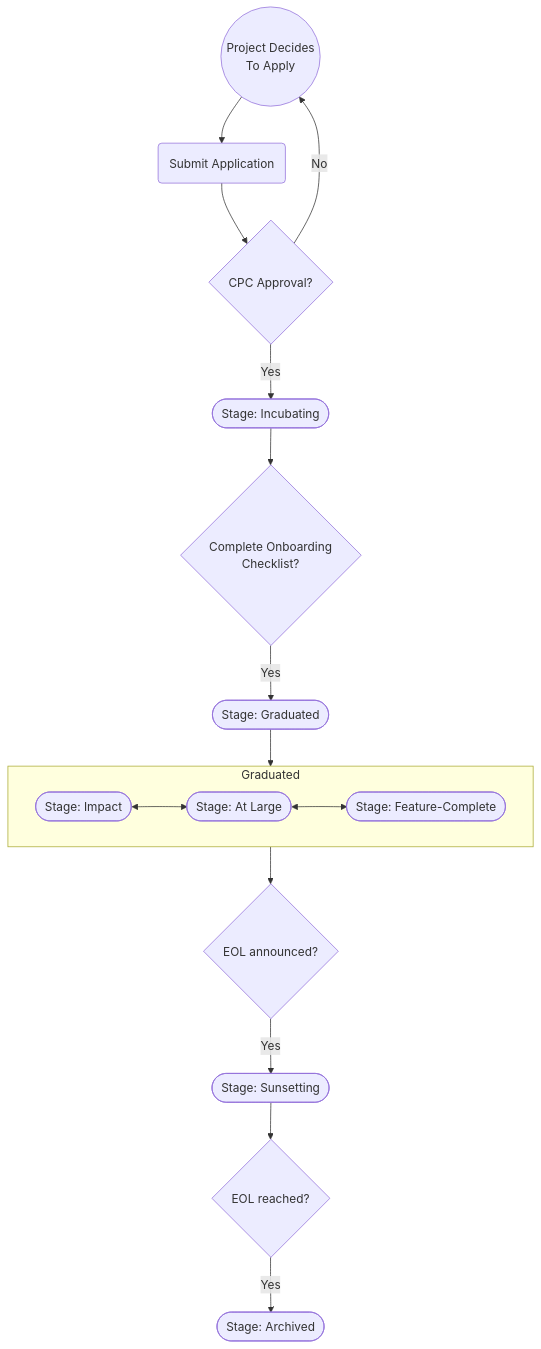
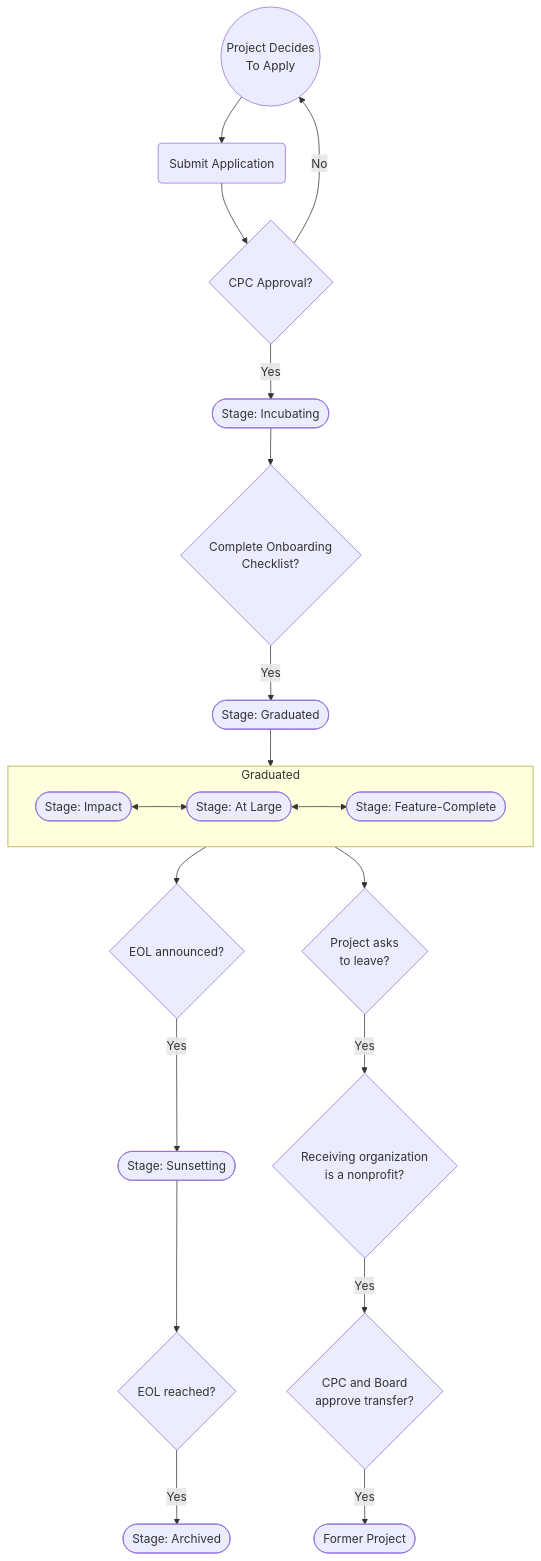
One commit to openjs-foundation/cross-project-council changed the diagram in PROJECT_PROGRESSION.md. Above: the diagram before and after it, drawn with Mermaid. The commit also changed other lines of this file, not shown here.

````diff
--- a/PROJECT_PROGRESSION.md
+++ b/PROJECT_PROGRESSION.md
@@ -17,20 +17,24 @@
 ```mermaid
 
 flowchart TD
     A((Project Decides\nTo Apply)) --> 
     B(Submit Application)
     B --> C{CPC Approval?}    
     C --> |No|A
     C --> |Yes|D([Stage: Incubating])
     D --> E{Complete Onboarding\n Checklist?}
     E --> |Yes|F([Stage: Graduated])
     F --> Graduated 
     subgraph Graduated
        direction LR
        a([Stage: Impact]) <--> b([Stage: At Large]) <--> G([Stage: Feature-Complete])
     end
     Graduated --> J{EOL announced?}
     J --> |Yes| H([Stage: Sunsetting])
     H --> K{EOL reached?}
     K --> |Yes| I([Stage: Archived])
+    Graduated --> L{Project asks\nto leave?}
+    L --> |Yes| M{Receiving organization\nis a nonprofit?}
+    M --> |Yes| N{CPC and Board\napprove transfer?}
+    N --> |Yes| O([Former Project])
 ```
````
